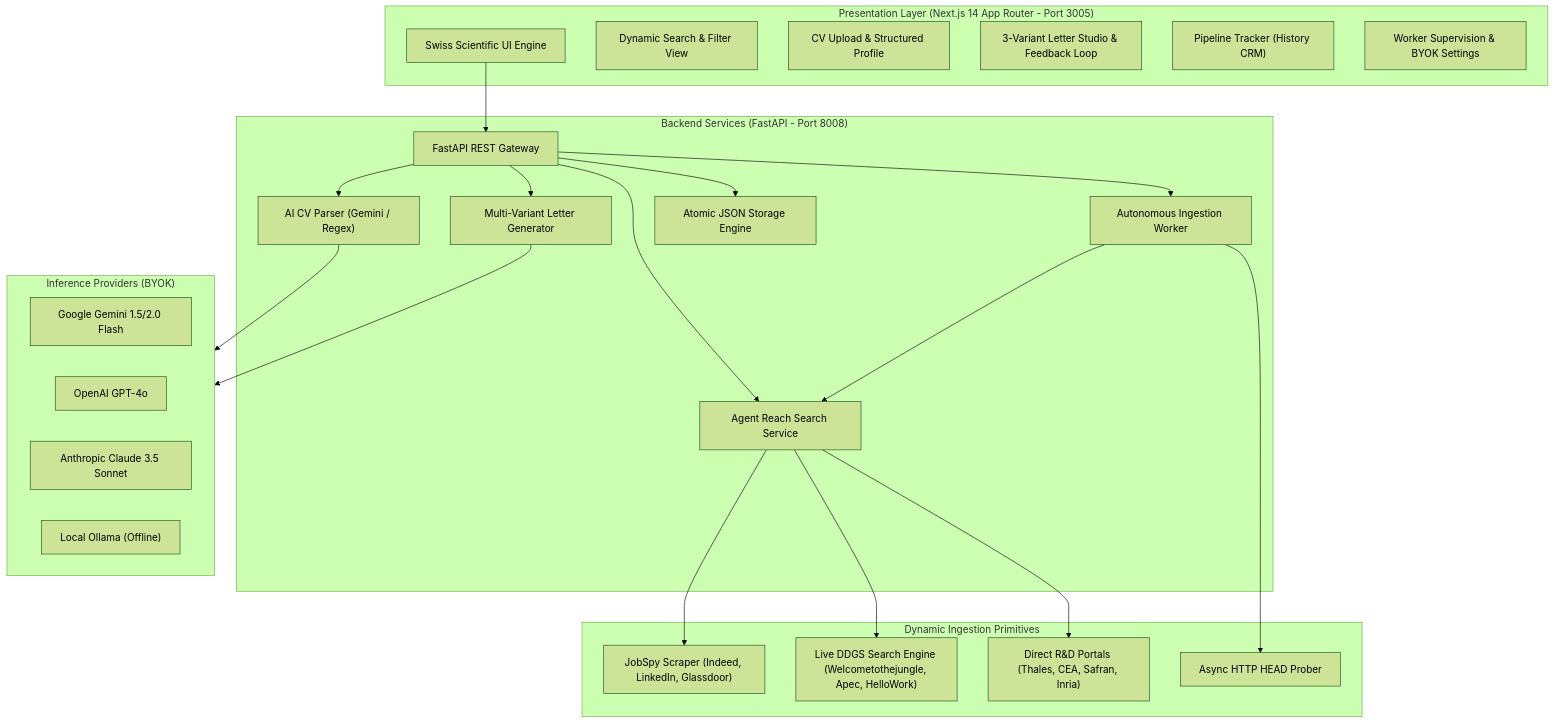
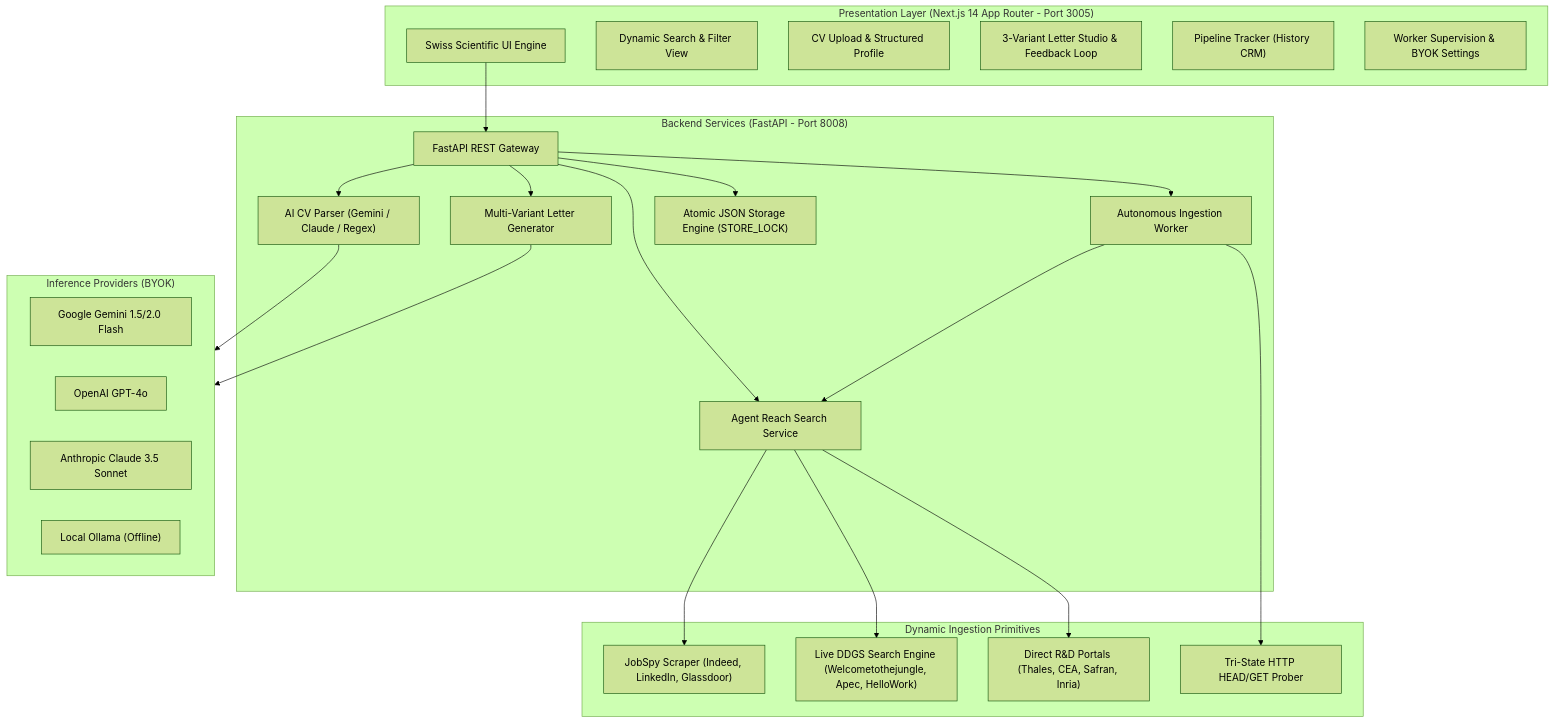
One commit to AladinAzz/intern-reach changed the first of 3 diagrams in docs/ARCHITECTURE.md. Above: the diagram before and after it, drawn with Mermaid (forest theme). The commit also changed other lines of this file and 5 other files, not shown here.

Commit message:
docs: update README, ARCHITECTURE, API, CHANGELOG, and add ADR-004 per documentation-templates

````diff
--- a/docs/ARCHITECTURE.md
+++ b/docs/ARCHITECTURE.md
@@ -11,50 +11,50 @@
 ```mermaid
 flowchart TD
     subgraph Client["Presentation Layer (Next.js 14 App Router - Port 3005)"]
         UI["Swiss Scientific UI Engine"]
         SearchTab["Dynamic Search & Filter View"]
         CVTab["CV Upload & Structured Profile"]
         StudioTab["3-Variant Letter Studio & Feedback Loop"]
         CRMTab["Pipeline Tracker (History CRM)"]
         WorkerModal["Worker Supervision & BYOK Settings"]
     end
 
     subgraph Server["Backend Services (FastAPI - Port 8008)"]
         API["FastAPI REST Gateway"]
         AgentReach["Agent Reach Search Service"]
         Worker["Autonomous Ingestion Worker"]
-        CVParser["AI CV Parser (Gemini / Regex)"]
+        CVParser["AI CV Parser (Gemini / Claude / Regex)"]
         LetterGen["Multi-Variant Letter Generator"]
-        Storage["Atomic JSON Storage Engine"]
+        Storage["Atomic JSON Storage Engine (STORE_LOCK)"]
     end
 
     subgraph Ingestion["Dynamic Ingestion Primitives"]
         JobSpy["JobSpy Scraper (Indeed, LinkedIn, Glassdoor)"]
         DDGS["Live DDGS Search Engine (Welcometothejungle, Apec, HelloWork)"]
         PortalProbe["Direct R&D Portals (Thales, CEA, Safran, Inria)"]
-        Liveness["Async HTTP HEAD Prober"]
+        Liveness["Tri-State HTTP HEAD/GET Prober"]
     end
 
     subgraph LLM["Inference Providers (BYOK)"]
         Gemini["Google Gemini 1.5/2.0 Flash"]
         OpenAI["OpenAI GPT-4o"]
         Claude["Anthropic Claude 3.5 Sonnet"]
         Ollama["Local Ollama (Offline)"]
     end
 
     UI --> API
     API --> AgentReach
     API --> Worker
     API --> CVParser
     API --> LetterGen
     API --> Storage
 
     AgentReach --> JobSpy
     AgentReach --> DDGS
     AgentReach --> PortalProbe
     Worker --> Liveness
     Worker --> AgentReach
 
     CVParser --> LLM
     LetterGen --> LLM
 ```
````
